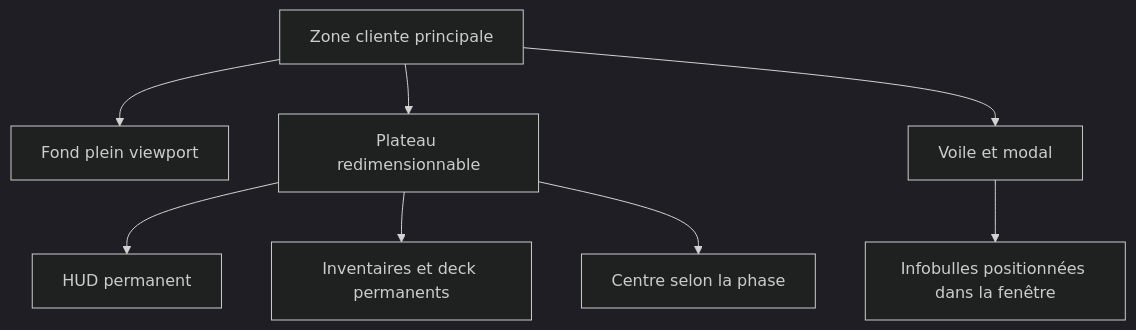
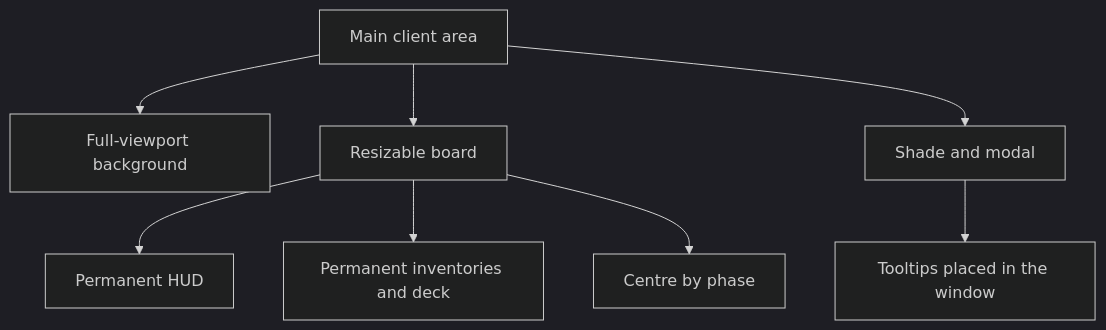
Before and after one commit to Azuuryy/ante: the first of 2 diagrams in docs/UI_BEVY_GUIDE.md, drawn with Mermaid (dark theme). The commit also changed other lines of this file and 8 other files, not shown here.

````diff
--- a/docs/UI_BEVY_GUIDE.md
+++ b/docs/UI_BEVY_GUIDE.md
@@ -7,10 +7,10 @@
 ```mermaid
 flowchart TB
-    V[Zone cliente principale] --> B[Fond plein viewport]
-    V --> R[Plateau redimensionnable]
-    R --> HUD[HUD permanent]
-    R --> I[Inventaires et deck permanents]
-    R --> C[Centre selon la phase]
-    V --> M[Voile et modal]
-    M --> T[Infobulles positionnées dans la fenêtre]
+    V[Main client area] --> B[Full-viewport background]
+    V --> R[Resizable board]
+    R --> HUD[Permanent HUD]
+    R --> I[Permanent inventories and deck]
+    R --> C[Centre by phase]
+    V --> M[Shade and modal]
+    M --> T[Tooltips placed in the window]
 ```
````
